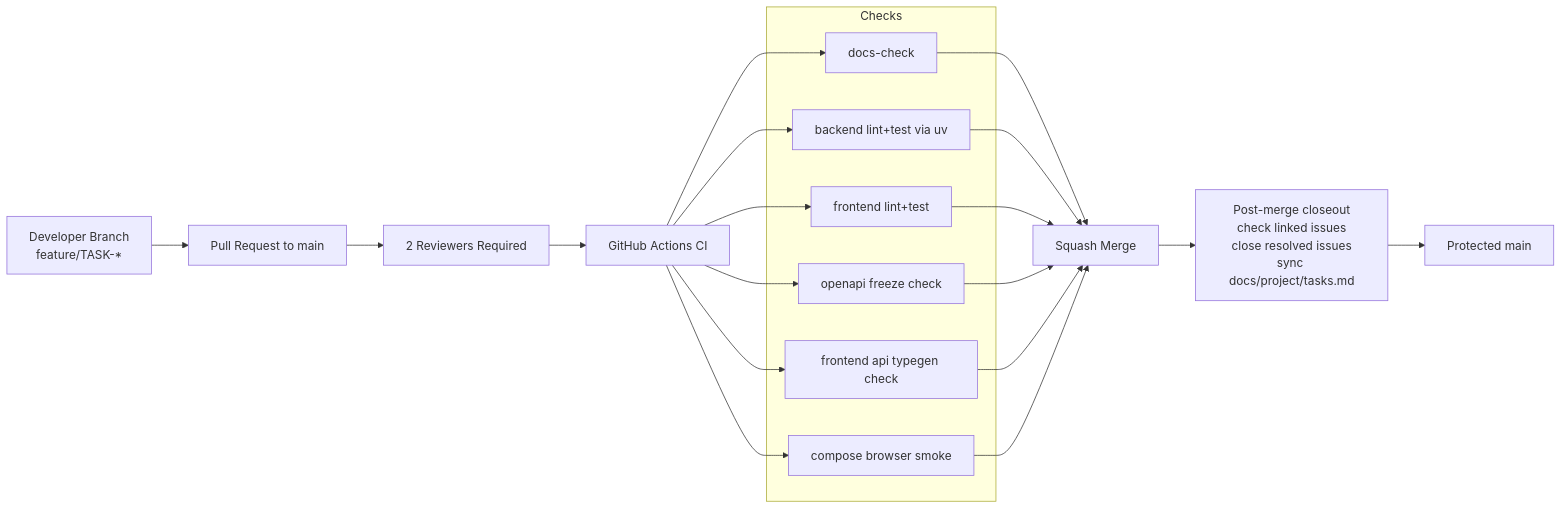
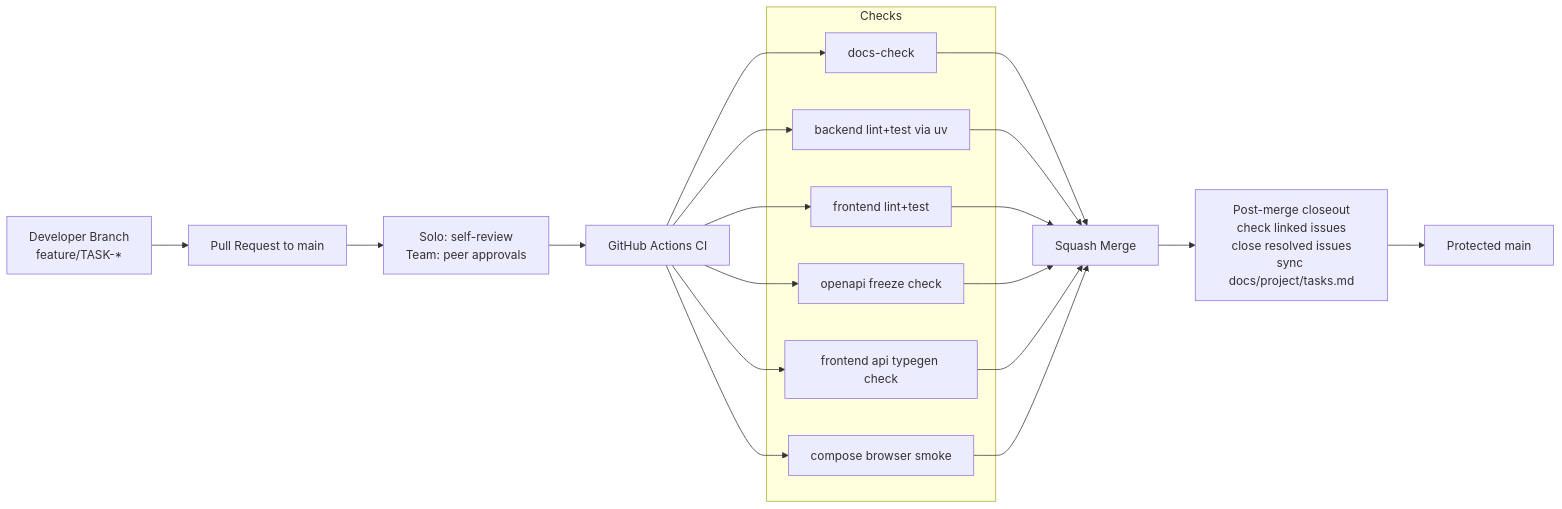
One commit to RubiFoc/hrm changed diagram 14 of 24 in docs/architecture/diagrams.md. Above: the diagram before and after it, drawn with Mermaid. The commit also changed other lines of this file and 43 other files, not shown here.

````diff
--- a/docs/architecture/diagrams.md
+++ b/docs/architecture/diagrams.md
@@ -520,31 +551,31 @@
 ```mermaid
 flowchart LR
   DEV[Developer Branch\nfeature/TASK-*] --> PR[Pull Request to main]
-  PR --> REV[2 Reviewers Required]
+  PR --> REV[Solo: self-review\nTeam: peer approvals]
   REV --> CI[GitHub Actions CI]
 
   subgraph Checks
     DOCS[docs-check]
     BE[backend lint+test via uv]
     FE[frontend lint+test]
     OAPI[openapi freeze check]
     FECG[frontend api typegen check]
     BSMOKE[compose browser smoke]
   end
 
   CI --> DOCS
   CI --> BE
   CI --> FE
   CI --> OAPI
   CI --> FECG
   CI --> BSMOKE
 
   DOCS --> MERGE[Squash Merge]
   BE --> MERGE
   FE --> MERGE
   OAPI --> MERGE
   FECG --> MERGE
   BSMOKE --> MERGE
   MERGE --> CLOSEOUT[Post-merge closeout\ncheck linked issues\nclose resolved issues\nsync docs/project/tasks.md]
   CLOSEOUT --> MAIN[Protected main]
 ```
````
